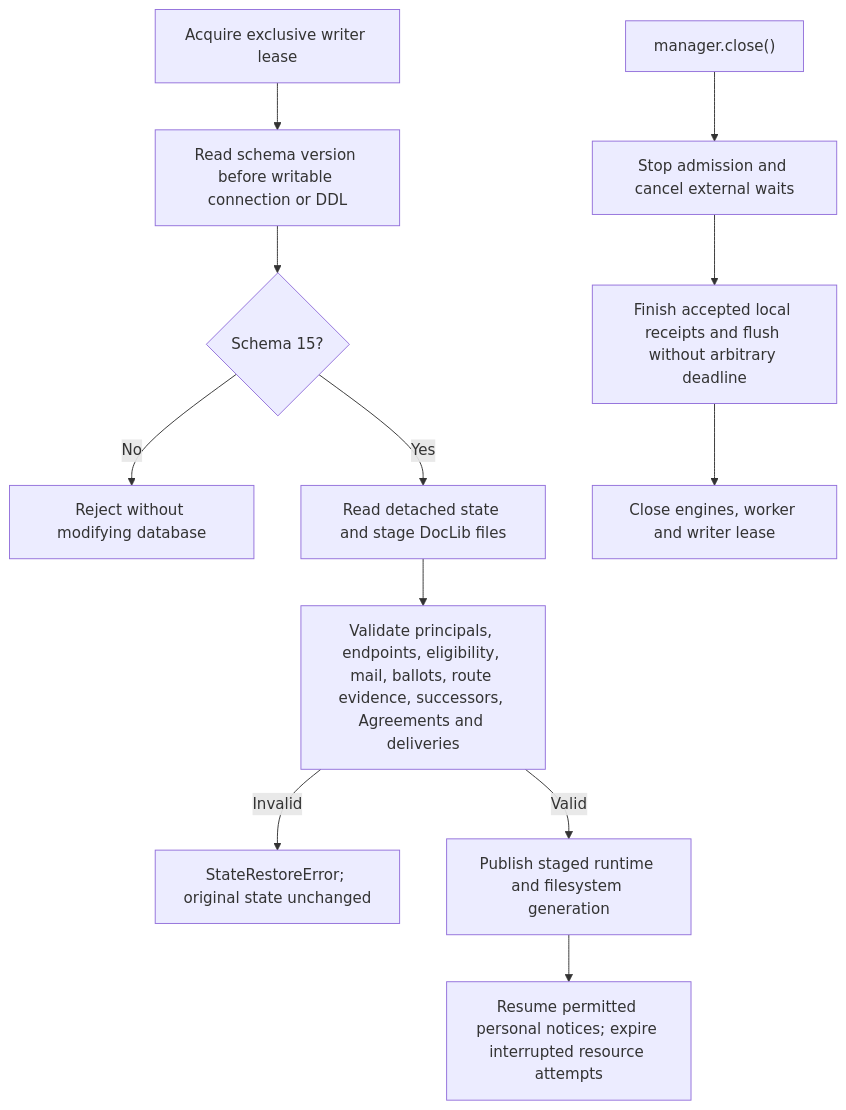
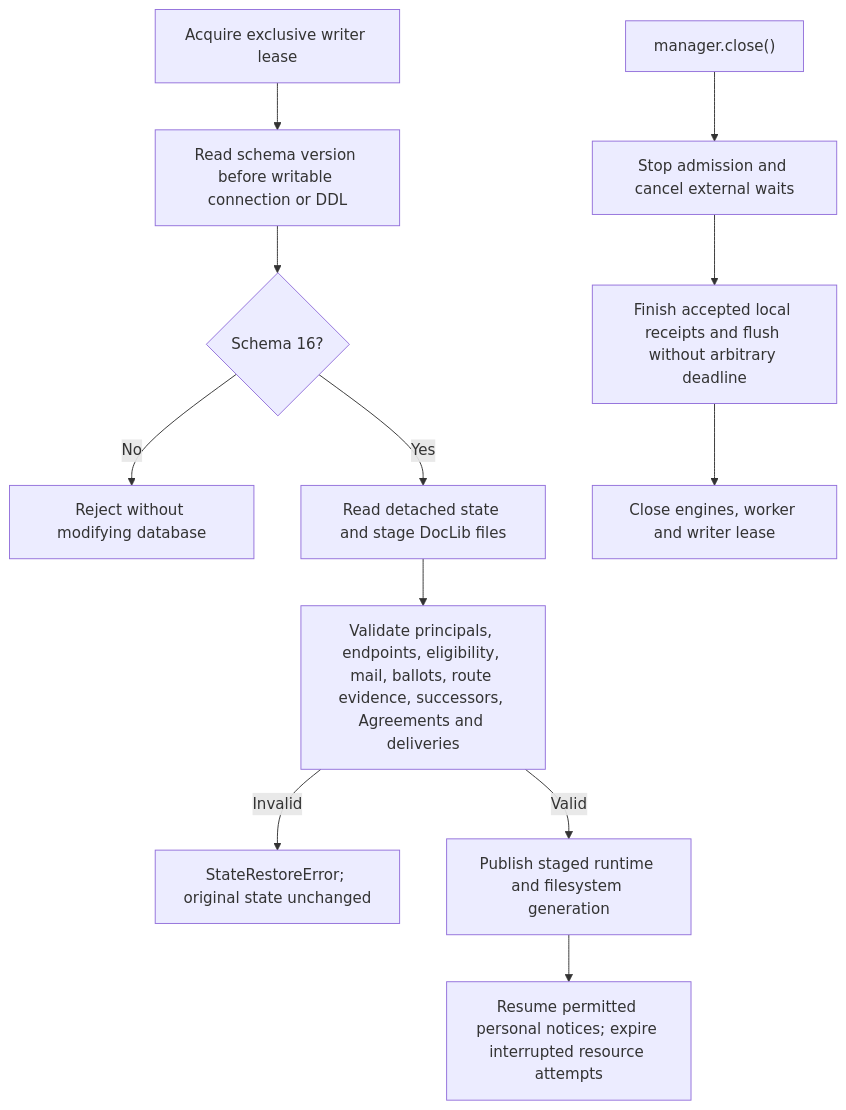
One commit to AI-Team-Team/AI-Team-Team changed the ninth of 9 diagrams in docs/flowcharts/Autonomous_Communication_Governance.md. Above: the diagram before and after it, drawn with Mermaid. The commit also changed other lines of this file and 113 other files, not shown here.

````diff
--- a/docs/flowcharts/Autonomous_Communication_Governance.md
+++ b/docs/flowcharts/Autonomous_Communication_Governance.md
@@ -329,14 +329,14 @@
 ```mermaid
 flowchart TD
     Open["Acquire exclusive writer lease"] --> Preflight["Read schema version before writable connection or DDL"]
-    Preflight --> Version{"Schema 15?"}
+    Preflight --> Version{"Schema 16?"}
     Version -- "No" --> Reject["Reject without modifying database"]
     Version -- "Yes" --> Stage["Read detached state and stage DocLib files"]
     Stage --> Validate["Validate principals, endpoints, eligibility, mail, ballots, route evidence, successors, Agreements and deliveries"]
     Validate -- "Invalid" --> Preserve["StateRestoreError; original state unchanged"]
     Validate -- "Valid" --> Publish["Publish staged runtime and filesystem generation"]
     Publish --> Resume["Resume permitted personal notices; expire interrupted resource attempts"]
     Close["manager.close()"] --> Stop["Stop admission and cancel external waits"]
     Stop --> Settle["Finish accepted local receipts and flush without arbitrary deadline"]
     Settle --> Release["Close engines, worker and writer lease"]
 ```
````
